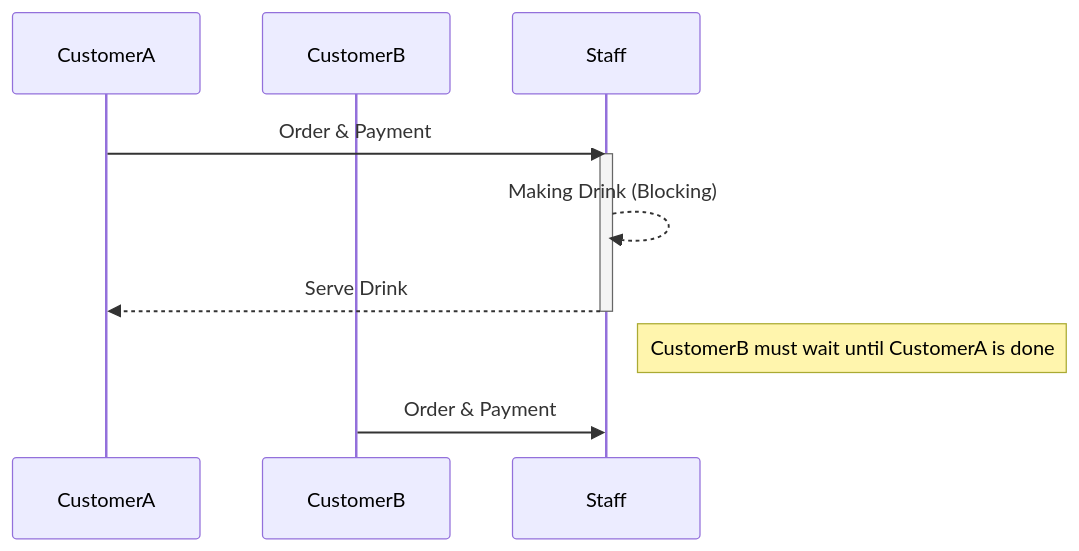
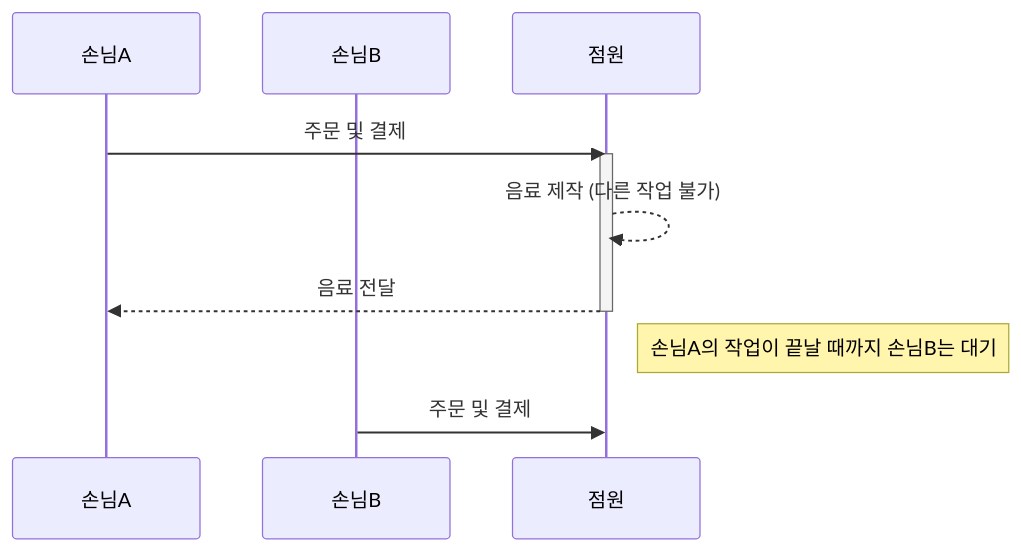
One commit to Blue-B/Blue-B.github.io changed the first of 2 diagrams in _posts/2025-07-30-Node.js-소개.md. Above: the diagram before and after it, drawn with Mermaid. The commit also changed other lines of this file and 1 other file, not shown here.

Commit message:
feat: update mermaid diagrams with Korean text

````diff
--- a/_posts/2025-07-30-Node.js-소개.md
+++ b/_posts/2025-07-30-Node.js-소개.md
@@ -37,16 +37,16 @@
 ```mermaid
 sequenceDiagram
-    participant CustomerA
-    participant CustomerB
-    participant Staff
+    participant 손님A
+    participant 손님B
+    participant 점원
 
-    CustomerA->>Staff: Order & Payment
-    activate Staff
-    Staff-->>Staff: Making Drink (Blocking)
-    Staff-->>CustomerA: Serve Drink
-    deactivate Staff
+    손님A->>점원: 주문 및 결제
+    activate 점원
+    점원-->>점원: 음료 제작 (다른 작업 불가)
+    점원-->>손님A: 음료 전달
+    deactivate 점원
     
-    note right of Staff: CustomerB must wait until CustomerA is done
+    note right of 점원: 손님A의 작업이 끝날 때까지 손님B는 대기
     
-    CustomerB->>Staff: Order & Payment
+    손님B->>점원: 주문 및 결제
 ```
````
